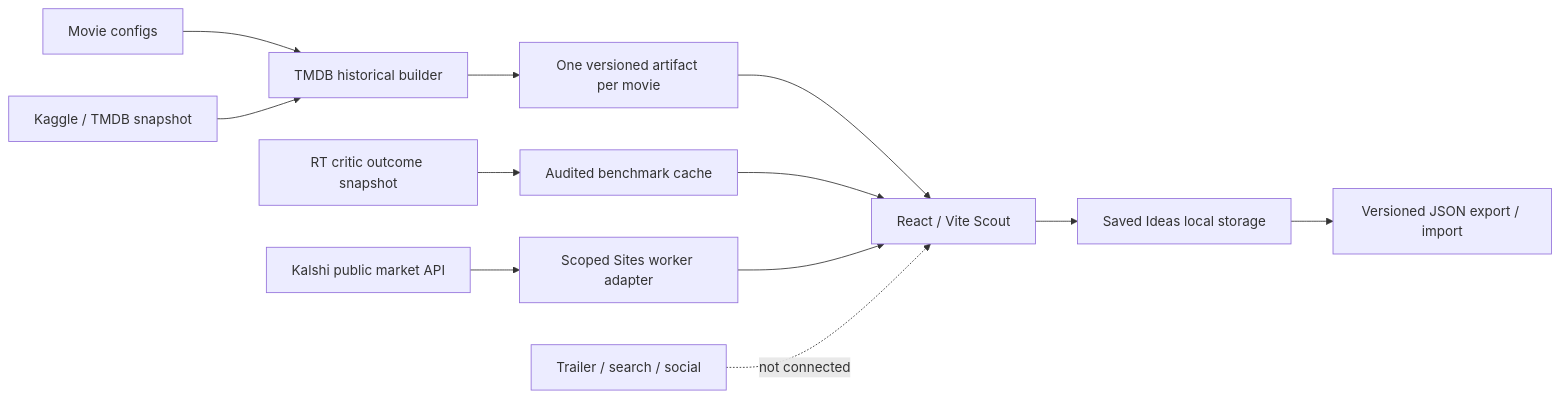
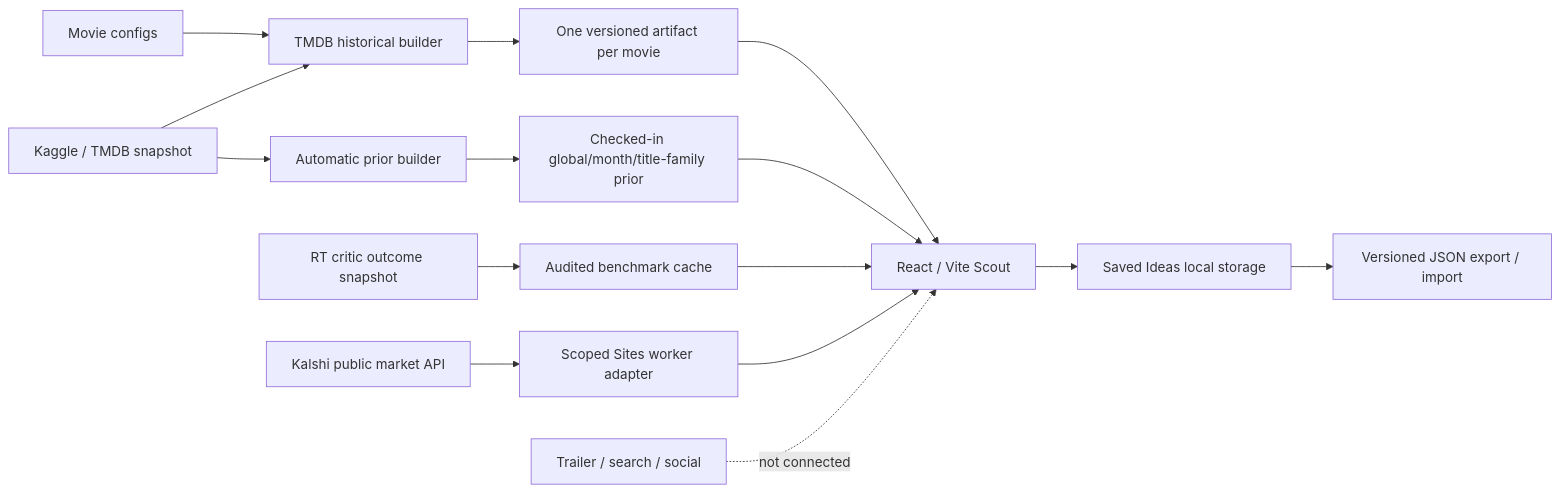
The diagram in README.md (CheickDiakite-yikes/cutline-movie-market), drawn with Mermaid before and after one commit. The commit also changed other lines of this file and 19 other files, not shown here.

````diff
--- a/README.md
+++ b/README.md
@@ -155,15 +174,18 @@
 ```mermaid
 flowchart LR
     A[Movie configs] --> B[TMDB historical builder]
     C[Kaggle / TMDB snapshot] --> B
     B --> D[One versioned artifact per movie]
+    C --> M[Automatic prior builder]
+    M --> N[Checked-in global/month/title-family prior]
     E[RT critic outcome snapshot] --> F[Audited benchmark cache]
     D --> G[React / Vite Scout]
+    N --> G
     F --> G
     H[Kalshi public market API] --> I[Scoped Sites worker adapter]
     I --> G
     G --> J[Saved Ideas local storage]
     J --> K[Versioned JSON export / import]
 
     L[Trailer / search / social] -. not connected .-> G
 ```
````
